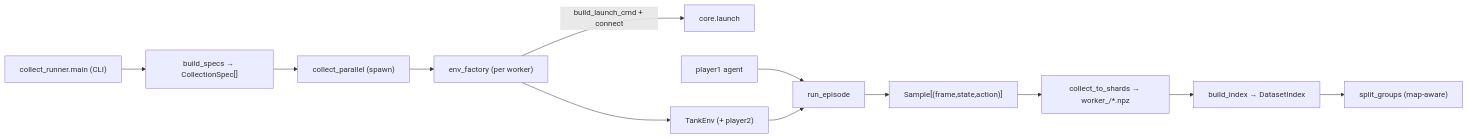
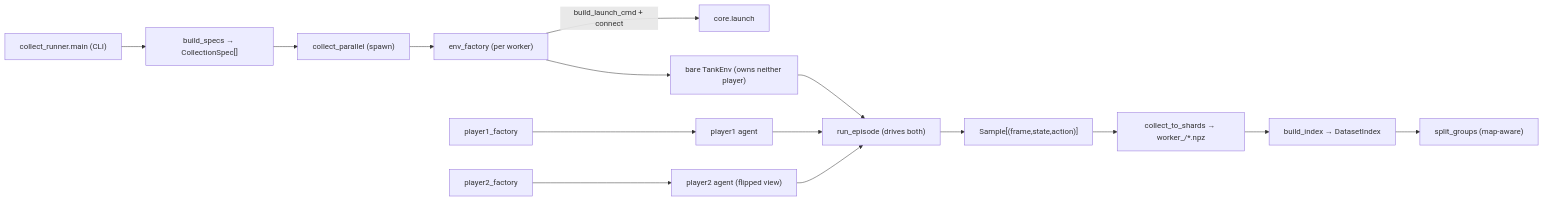
Before and after one commit to urciuolim/TankTwinStickShooter: the diagram in docs/components/data.md, drawn with Mermaid. The commit also changed other lines of this file and 15 other files, not shown here.

First line of the commit message:
refactor(env): symmetric step(action, opponent_action); driver owns both players

````diff
--- a/docs/components/data.md
+++ b/docs/components/data.md
@@ -89,14 +97,17 @@
 ```mermaid
 graph LR
     cli["collect_runner.main (CLI)"] --> specs["build_specs → CollectionSpec[]"]
     specs --> par["collect_parallel (spawn)"]
     par --> ef["env_factory (per worker)"]
     ef -->|build_launch_cmd + connect| launch["core.launch"]
-    ef --> env["TankEnv (+ player2)"]
-    a1["player1 agent"] --> ep["run_episode"]
+    ef --> env["bare TankEnv (owns neither player)"]
+    p1f["player1_factory"] --> a1["player1 agent"]
+    p2f["player2_factory"] --> a2["player2 agent (flipped view)"]
+    a1 --> ep["run_episode (drives both)"]
+    a2 --> ep
     env --> ep
     ep --> samples["Sample[(frame,state,action)]"]
     samples --> shards["collect_to_shards → worker_<id>/*.npz"]
     shards --> idx["build_index → DatasetIndex"]
     idx --> split["split_groups (map-aware)"]
 ```
````
